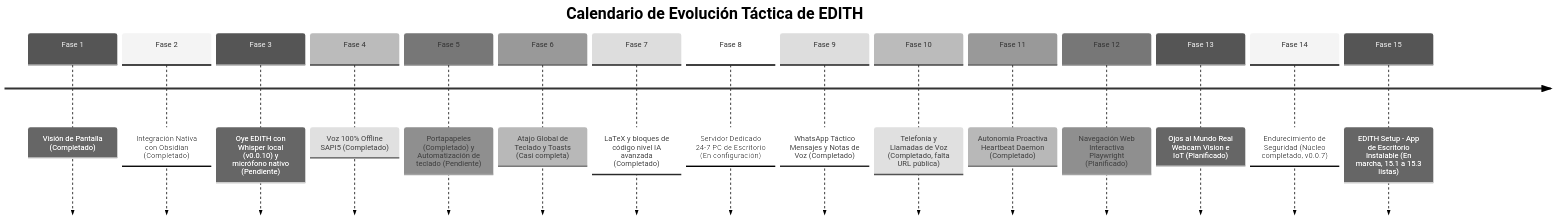
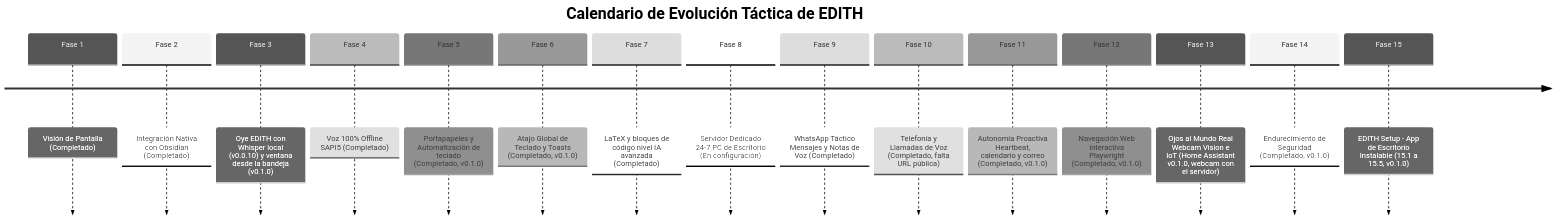
Before and after one commit to SantirokcanX/E.D.I.T.H: the second of 2 diagrams in EDITH_p/Plan de Cambios y Evolución de EDITH.md, drawn with Mermaid (neutral theme). The commit also changed other lines of this file and 4 other files, not shown here.

````diff
--- a/EDITH_p/Plan de Cambios y Evolución de EDITH.md
+++ b/EDITH_p/Plan de Cambios y Evolución de EDITH.md
@@ -115,19 +115,19 @@
 ```mermaid
 timeline
     title Calendario de Evolución Táctica de EDITH
     Fase 1 : Visión de Pantalla (Completado)
     Fase 2 : Integración Nativa con Obsidian (Completado)
-    Fase 3 : Oye EDITH con Whisper local (v0.0.10) y micrófono nativo (Pendiente)
+    Fase 3 : Oye EDITH con Whisper local (v0.0.10) y ventana desde la bandeja (v0.1.0)
     Fase 4 : Voz 100% Offline SAPI5 (Completado)
-    Fase 5 : Portapapeles (Completado) y Automatización de teclado (Pendiente)
-    Fase 6 : Atajo Global de Teclado y Toasts (Casi completa)
+    Fase 5 : Portapapeles y Automatización de teclado (Completado, v0.1.0)
+    Fase 6 : Atajo Global de Teclado y Toasts (Completado, v0.1.0)
     Fase 7 : LaTeX y bloques de código nivel IA avanzada (Completado)
     Fase 8 : Servidor Dedicado 24-7 PC de Escritorio (En configuración)
     Fase 9 : WhatsApp Táctico Mensajes y Notas de Voz (Completado)
     Fase 10 : Telefonía y Llamadas de Voz (Completado, falta URL pública)
-    Fase 11 : Autonomía Proactiva Heartbeat Daemon (Completado)
-    Fase 12 : Navegación Web Interactiva Playwright (Planificado)
-    Fase 13 : Ojos al Mundo Real Webcam Vision e IoT (Planificado)
-    Fase 14 : Endurecimiento de Seguridad (Núcleo completado, v0.0.7)
-    Fase 15 : EDITH Setup - App de Escritorio Instalable (En marcha, 15.1 a 15.3 listas)
+    Fase 11 : Autonomía Proactiva Heartbeat, calendario y correo (Completado, v0.1.0)
+    Fase 12 : Navegación Web Interactiva Playwright (Completado, v0.1.0)
+    Fase 13 : Ojos al Mundo Real Webcam Vision e IoT (Home Assistant v0.1.0, webcam con el servidor)
+    Fase 14 : Endurecimiento de Seguridad (Completado, v0.1.0)
+    Fase 15 : EDITH Setup - App de Escritorio Instalable (15.1 a 15.5, v0.1.0)
 ```
````
